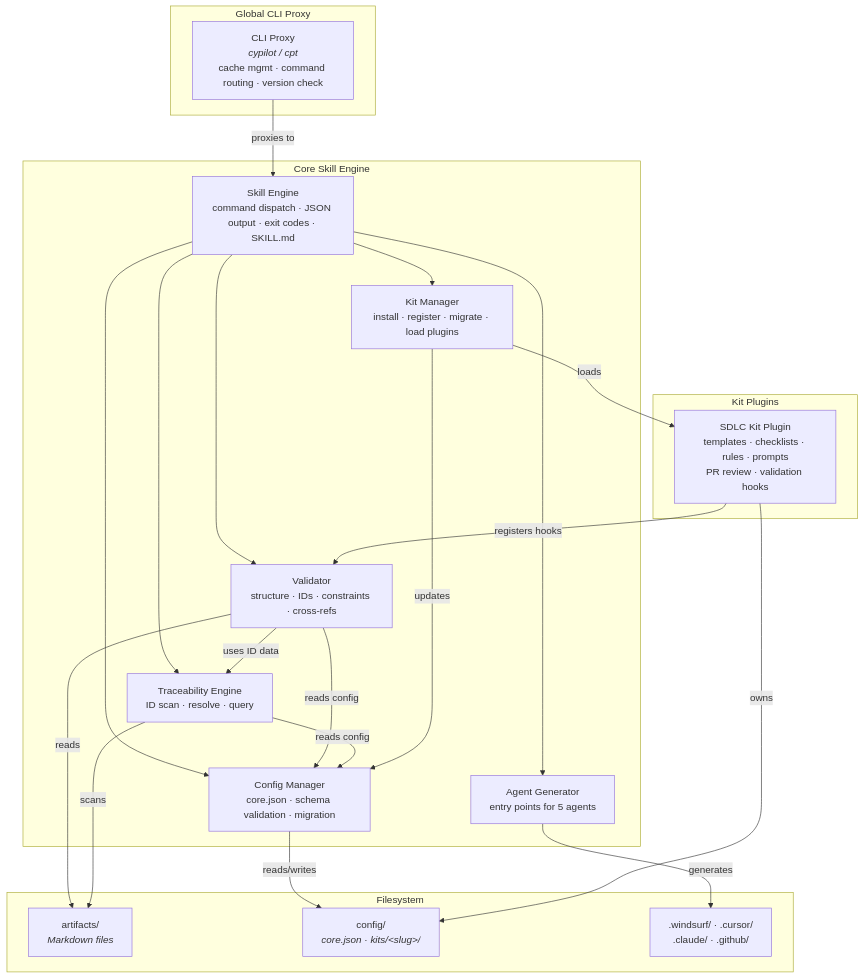
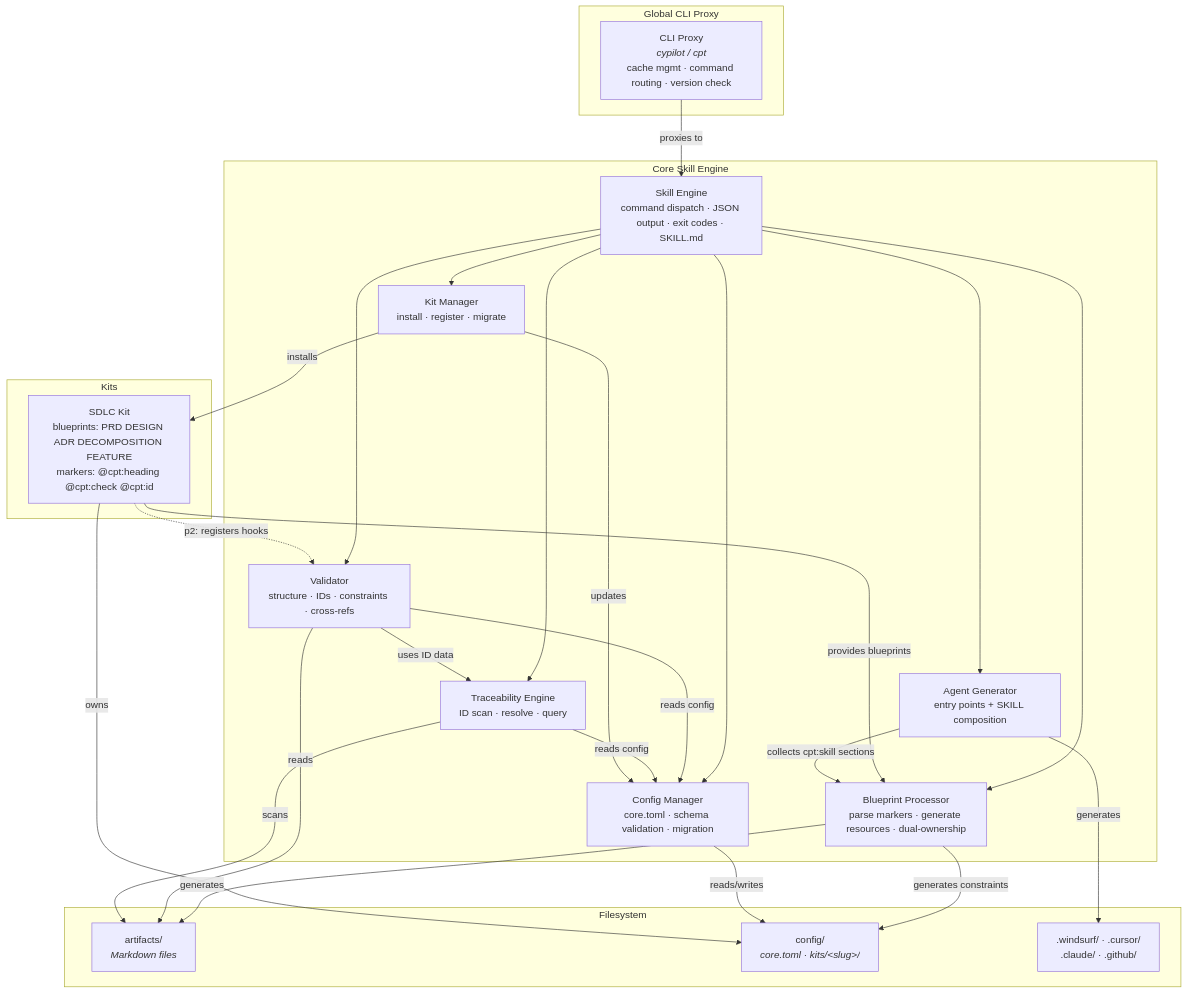
One commit to cyberfabric/cyber-pilot changed the first of 7 diagrams in architecture/DESIGN.md. Above: the diagram before and after it, drawn with Mermaid. The commit also changed other lines of this file and 31 other files, not shown here.

First line of the commit message:
docs(architecture): update DESIGN.md to reflect blueprint-based kit architecture and TOML config migration

````diff
--- a/architecture/DESIGN.md
+++ b/architecture/DESIGN.md
@@ -337,43 +379,49 @@
 ```mermaid
 graph TD
     subgraph "Global CLI Proxy"
         CLI["CLI Proxy<br/><i>cypilot / cpt</i><br/>cache mgmt · command routing · version check"]
     end
 
     subgraph "Core Skill Engine"
         SE["Skill Engine<br/>command dispatch · JSON output · exit codes · SKILL.md"]
+        BP["Blueprint Processor<br/>parse markers · generate resources · dual-ownership"]
         V["Validator<br/>structure · IDs · constraints · cross-refs"]
         TE["Traceability Engine<br/>ID scan · resolve · query"]
-        CM["Config Manager<br/>core.json · schema validation · migration"]
-        KM["Kit Manager<br/>install · register · migrate · load plugins"]
-        AG["Agent Generator<br/>entry points for 5 agents"]
+        CM["Config Manager<br/>core.toml · schema validation · migration"]
+        KM["Kit Manager<br/>install · register · migrate"]
+        AG["Agent Generator<br/>entry points + SKILL composition"]
     end
 
-    subgraph "Kit Plugins"
-        SDLC["SDLC Kit Plugin<br/>templates · checklists · rules · prompts<br/>PR review · validation hooks"]
+    subgraph "Kits"
+        SDLC["SDLC Kit<br/>blueprints: PRD DESIGN ADR DECOMPOSITION FEATURE<br/>markers: @cpt:heading @cpt:check @cpt:id"]
     end
 
     subgraph "Filesystem"
         ART["artifacts/<br/><i>Markdown files</i>"]
-        CFG["config/<br/><i>core.json · kits/&lt;slug&gt;/</i>"]
+        CFG["config/<br/><i>core.toml · kits/&lt;slug&gt;/</i>"]
         AGENTS[".windsurf/ · .cursor/<br/>.claude/ · .github/"]
     end
 
     CLI -->|proxies to| SE
+    SE --> BP
     SE --> V
     SE --> TE
     SE --> CM
     SE --> KM
     SE --> AG
+    BP -->|generates| ART
+    BP -->|generates constraints| CFG
+    SDLC -->|provides blueprints| BP
+    AG -->|collects cpt:skill sections| BP
     V -->|uses ID data| TE
     V -->|reads config| CM
     TE -->|reads config| CM
-    KM -->|loads| SDLC
+    KM -->|installs| SDLC
     KM -->|updates| CM
-    SDLC -->|registers hooks| V
+    SDLC -.->|p2: registers hooks| V
     V -->|reads| ART
     TE -->|scans| ART
     CM -->|reads/writes| CFG
     AG -->|generates| AGENTS
     SDLC -->|owns| CFG
 ```
````
